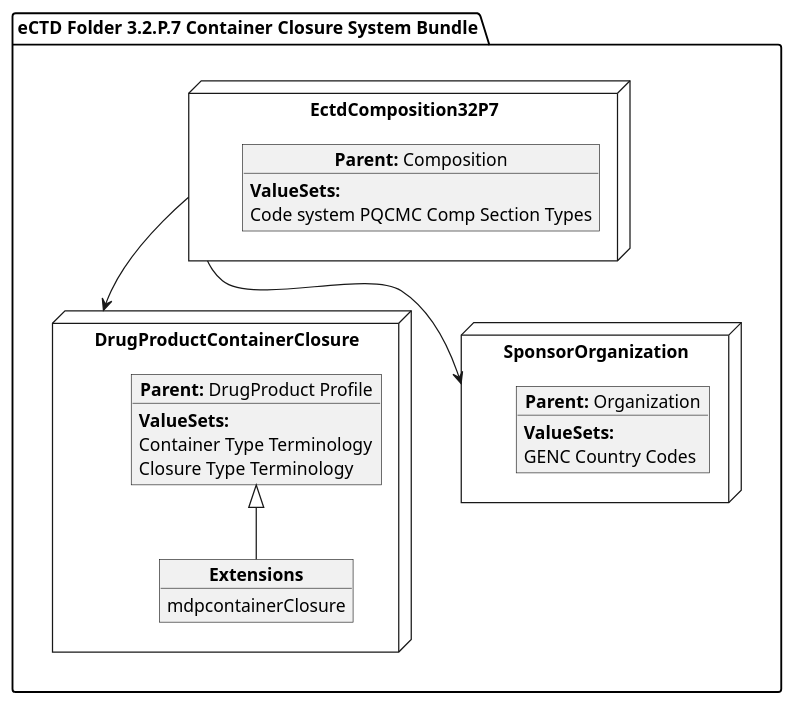
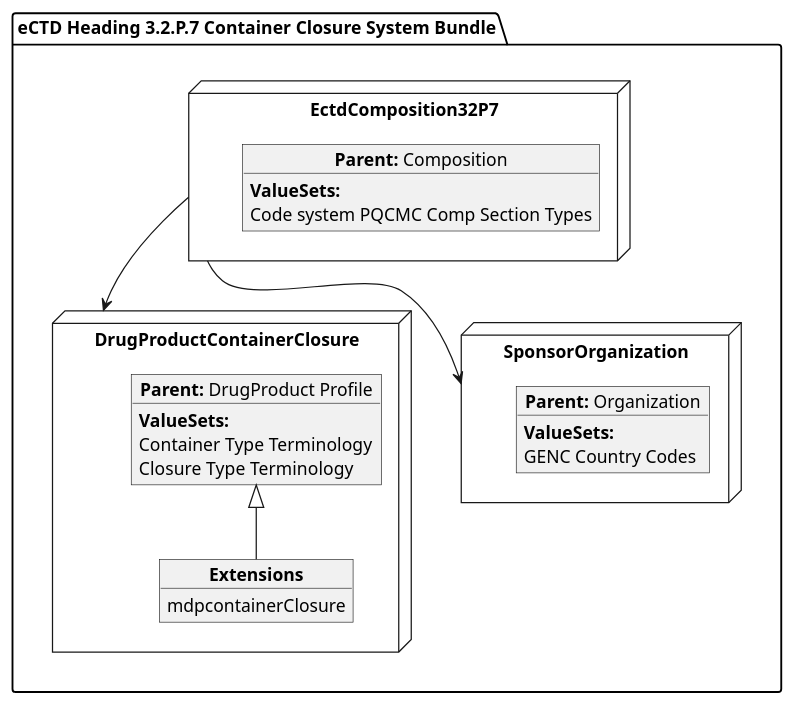
One commit to HL7/FHIR-us-pq-cmc-fda changed the diagram in input/images-source/ContainerClosure.plantuml. Above: the diagram before and after it, drawn with PlantUML. The commit also changed 43 other files, not shown here.

```diff
--- a/input/images-source/ContainerClosure.plantuml
+++ b/input/images-source/ContainerClosure.plantuml
@@ -1,38 +1,36 @@
 @startuml
 allowmixing
 'Mixed model of use case and object
-package "eCTD Folder 3.2.P.7 Container Closure System Bundle" as NODES {
-
-
+package "eCTD Heading 3.2.P.7 Container Closure System Bundle" as NODES {
    
   node "EctdComposition32P7" as N1 { 
       object "**Parent:** Composition" as obj1 {
       **ValueSets:**
   Code system PQCMC Comp Section Types
     }   
 }
 node "DrugProductContainerClosure" as N21 { 
       object "**Parent:** DrugProduct Profile" as obj22 {
         **ValueSets:**
         Container Type Terminology
         Closure Type Terminology
     }
     object "**Extensions**" as objEx {
         mdpcontainerClosure
     }
     obj22 <|-- objEx
 }
 
 node "SponsorOrganization" as NSO { 
       object "**Parent:** Organization" as objAu {
         **ValueSets:**
         GENC Country Codes
     }
 }
 
 }
 
 N1 --> N21
 N1 --> NSO
 
 @enduml
```
